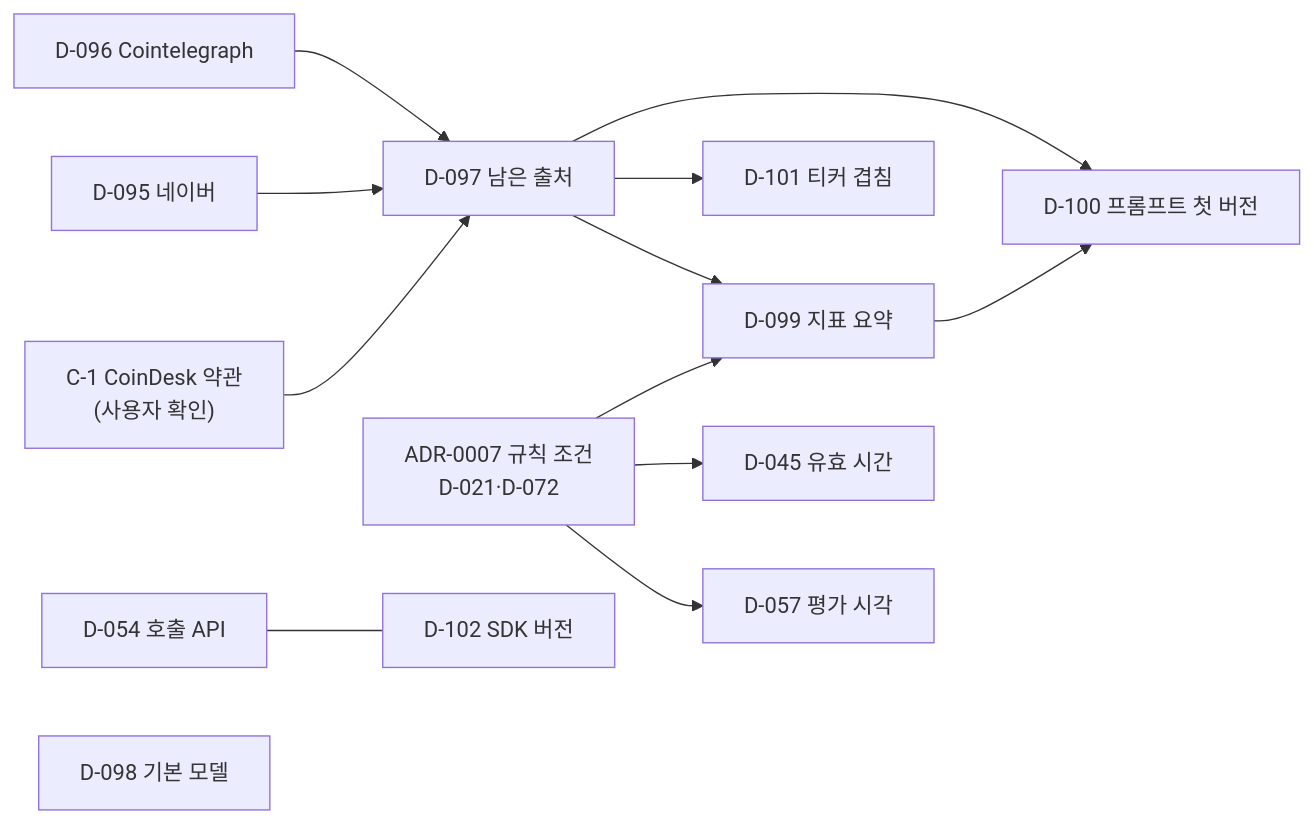
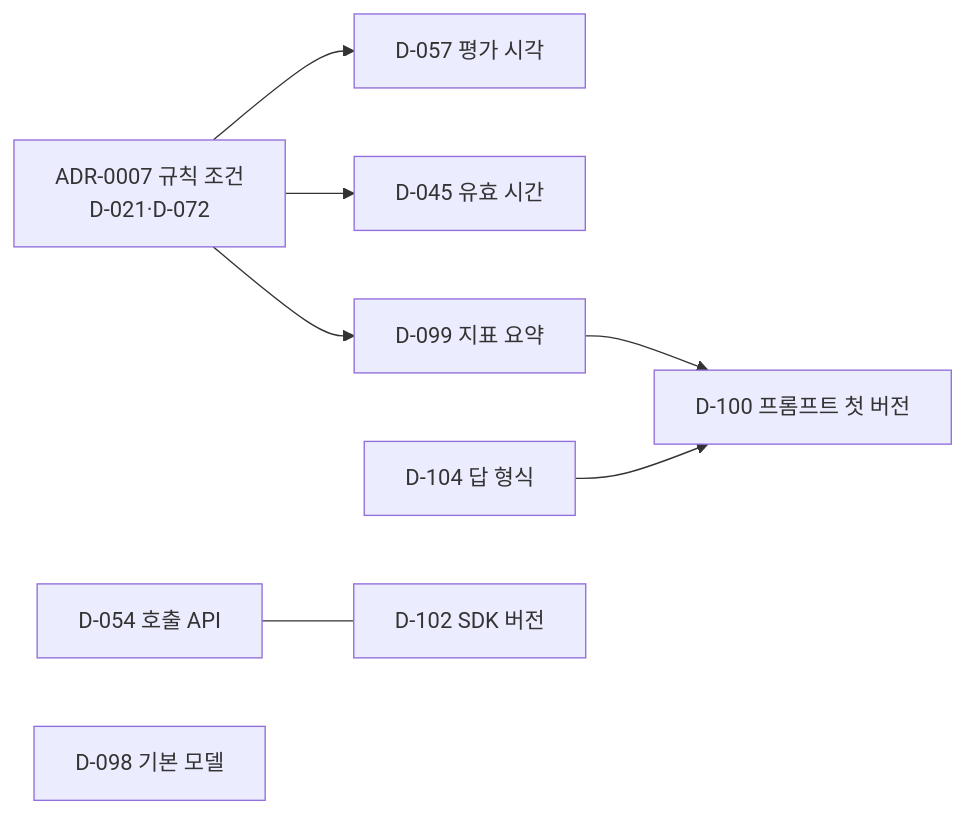
Before and after one commit to khy920723/upbit-autotrader: the diagram in docs/03-functional/stage4-decisions.md, drawn with Mermaid. The commit also changed other lines of this file and 33 other files, not shown here.

````diff
--- a/docs/03-functional/stage4-decisions.md
+++ b/docs/03-functional/stage4-decisions.md
@@ -36,15 +47,10 @@
 ```mermaid
 flowchart LR
-    C1["C-1 CoinDesk 약관<br/>(사용자 확인)"] --> D097
-    D095[D-095 네이버] --> D097[D-097 남은 출처]
-    D096[D-096 Cointelegraph] --> D097
-    D097 --> D099
-    D097 --> D101[D-101 티커 겹침]
     ADR["ADR-0007 규칙 조건<br/>D-021·D-072"] --> D057[D-057 평가 시각]
     ADR --> D045[D-045 유효 시간]
     ADR --> D099[D-099 지표 요약]
     D099 --> D100[D-100 프롬프트 첫 버전]
-    D097 --> D100
+    D104[D-104 답 형식] --> D100
     D054[D-054 호출 API] --- D102[D-102 SDK 버전]
     D098[D-098 기본 모델]
 ```
````
